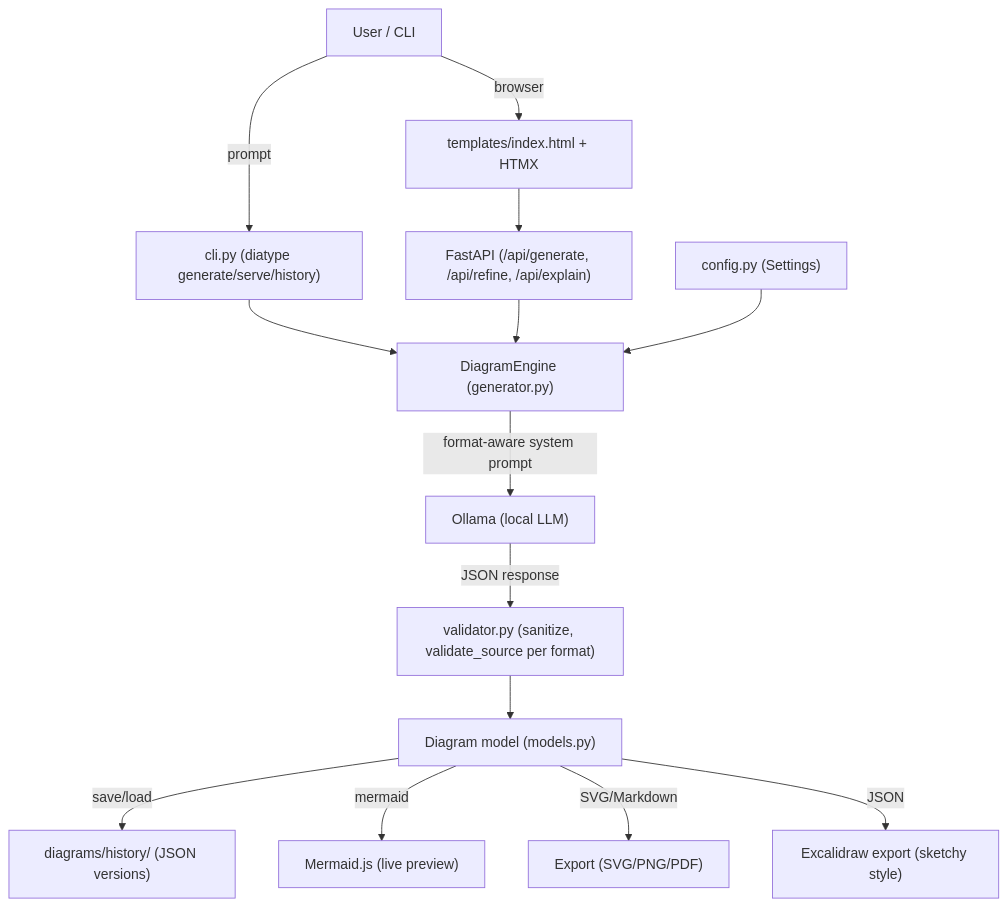
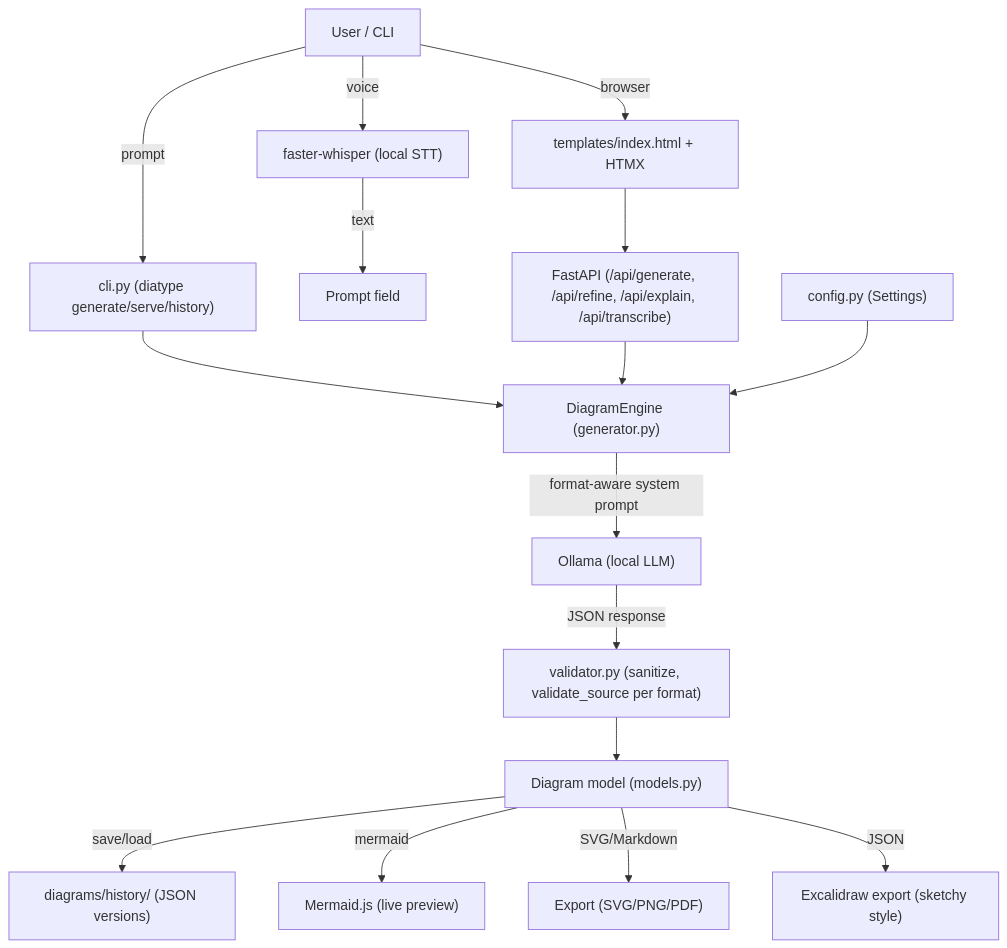
The diagram in README.md (ajendras/diatype), drawn with Mermaid before and after one commit. The commit also changed other lines of this file and 5 other files, not shown here.

Commit message:
feat(voice): add voice input using faster-whisper for diagram descriptions

````diff
--- a/README.md
+++ b/README.md
@@ -245,16 +259,18 @@
 ```mermaid
 flowchart TD
     User[User / CLI] -->|prompt| CLI["cli.py (diatype generate/serve/history)"]
+    User -->|voice| Whisper["faster-whisper (local STT)"]
+    Whisper -->|text| Prompt[Prompt field]
     User -->|browser| UI["templates/index.html + HTMX"]
     CLI --> Engine["DiagramEngine (generator.py)"]
-    UI --> FastAPI["FastAPI (/api/generate, /api/refine, /api/explain)"]
+    UI --> FastAPI["FastAPI (/api/generate, /api/refine, /api/explain, /api/transcribe)"]
     FastAPI --> Engine
     Engine -->|format-aware system prompt| Ollama["Ollama (local LLM)"]
     Ollama -->|JSON response| Validator["validator.py (sanitize, validate_source per format)"]
     Validator --> Diagram["Diagram model (models.py)"]
     Diagram -->|save/load| History["diagrams/history/ (JSON versions)"]
     Diagram -->|mermaid| Renderer["Mermaid.js (live preview)"]
     Diagram -->|SVG/Markdown| Export["Export (SVG/PNG/PDF)"]
     Diagram -->|JSON| Excalidraw["Excalidraw export (sketchy style)"]
     Config["config.py (Settings)"] --> Engine
 ```
````
